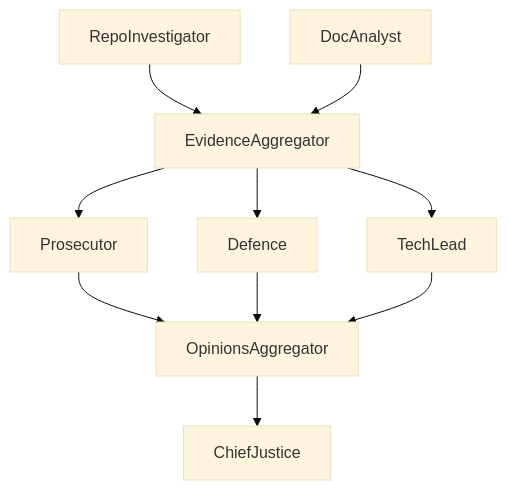
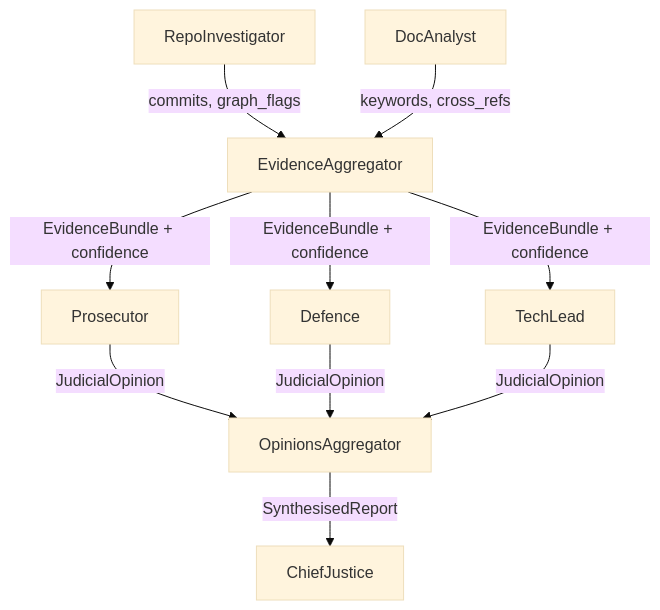
Before and after one commit to nuhaminae/Automation-Auditor: the diagram in reports/interim_report.md, drawn with Mermaid (base theme). The commit also changed 1 other file, not shown here.

Commit message:
Update Interim Report

````diff
--- a/reports/interim_report.md
+++ b/reports/interim_report.md
@@ -17,12 +17,19 @@
 ```mermaid
 graph TD
-    A[RepoInvestigator] --> C[EvidenceAggregator]
-    B[DocAnalyst] --> C[EvidenceAggregator]
-    C --> D[Prosecutor]
-    C --> E[Defence]
-    C --> F[TechLead]
-    D --> G[OpinionsAggregator]
-    E --> G[OpinionsAggregator]
-    F --> G[OpinionsAggregator]
-    G --> H[ChiefJustice]
+    A[RepoInvestigator] -->|commits, graph_flags| C[EvidenceAggregator]
+    B[DocAnalyst] -->|keywords, cross_refs| C[EvidenceAggregator]
+
+    %% Evidence fan-out to judges
+    C -->|EvidenceBundle + confidence| D[Prosecutor]
+    C -->|EvidenceBundle + confidence| E[Defence]
+    C -->|EvidenceBundle + confidence| F[TechLead]
+
+    %% Judges fan-in
+    D -->|JudicialOpinion| G[OpinionsAggregator]
+    E -->|JudicialOpinion| G[OpinionsAggregator]
+    F -->|JudicialOpinion| G[OpinionsAggregator]
+
+    %% Final synthesis
+    G -->|SynthesisedReport| H[ChiefJustice]
+
 ```
````
